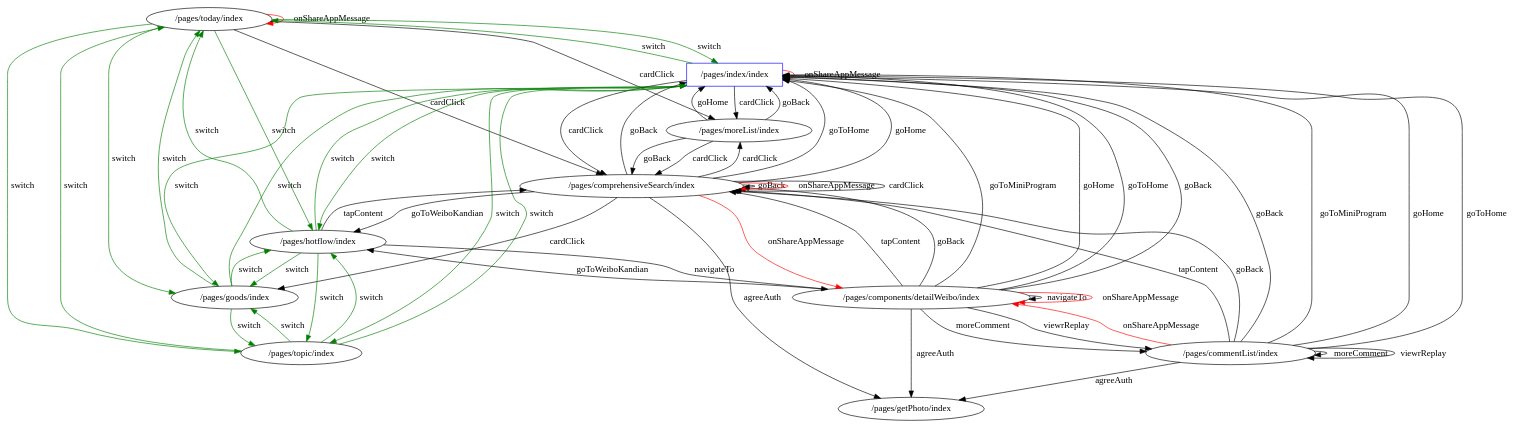
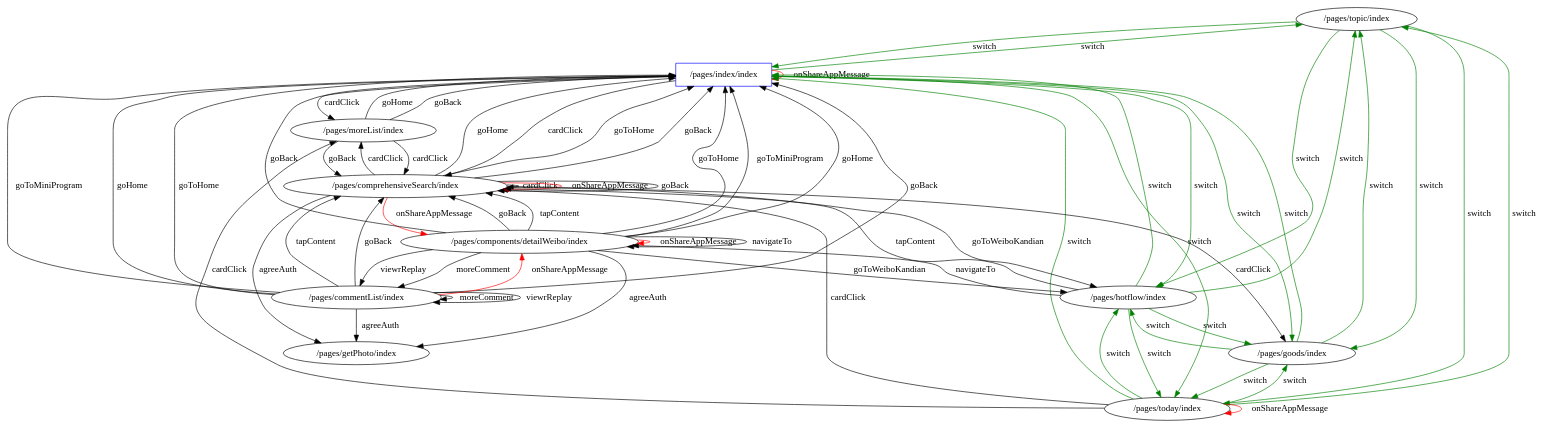
The diagram in graph/wbdemo-table.gv (ppproxy/app-in-app-analysis), drawn with Graphviz before and after one commit. The commit also changed other lines of this file and 181 other files, not shown here.

```diff
--- a/graph/wbdemo-table.gv
+++ b/graph/wbdemo-table.gv
@@ -1,78 +1,78 @@
 // UI State Transfer Diagram
 digraph {
+	"/pages/topic/index" [label="/pages/topic/index"]
+	"/pages/getPhoto/index" [label="/pages/getPhoto/index"]
+	"/pages/index/index" [label="/pages/index/index" color=blue shape=rectangle]
 	"/pages/today/index" [label="/pages/today/index"]
-	"/pages/index/index" [label="/pages/index/index" color=blue shape=rectangle]
-	"/pages/topic/index" [label="/pages/topic/index"]
+	"/pages/commentList/index" [label="/pages/commentList/index"]
+	"/pages/comprehensiveSearch/index" [label="/pages/comprehensiveSearch/index"]
+	"/pages/hotflow/index" [label="/pages/hotflow/index"]
+	"/pages/goods/index" [label="/pages/goods/index"]
+	"/pages/moreList/index" [label="/pages/moreList/index"]
 	"/pages/components/detailWeibo/index" [label="/pages/components/detailWeibo/index"]
-	"/pages/goods/index" [label="/pages/goods/index"]
-	"/pages/comprehensiveSearch/index" [label="/pages/comprehensiveSearch/index"]
-	"/pages/getPhoto/index" [label="/pages/getPhoto/index"]
-	"/pages/commentList/index" [label="/pages/commentList/index"]
-	"/pages/hotflow/index" [label="/pages/hotflow/index"]
-	"/pages/moreList/index" [label="/pages/moreList/index"]
 	"/pages/index/index" -> "/pages/topic/index" [label=switch color=green]
 	"/pages/index/index" -> "/pages/hotflow/index" [label=switch color=green]
 	"/pages/index/index" -> "/pages/goods/index" [label=switch color=green]
 	"/pages/index/index" -> "/pages/today/index" [label=switch color=green]
 	"/pages/topic/index" -> "/pages/index/index" [label=switch color=green]
 	"/pages/topic/index" -> "/pages/hotflow/index" [label=switch color=green]
 	"/pages/topic/index" -> "/pages/goods/index" [label=switch color=green]
 	"/pages/topic/index" -> "/pages/today/index" [label=switch color=green]
 	"/pages/hotflow/index" -> "/pages/index/index" [label=switch color=green]
 	"/pages/hotflow/index" -> "/pages/topic/index" [label=switch color=green]
 	"/pages/hotflow/index" -> "/pages/goods/index" [label=switch color=green]
 	"/pages/hotflow/index" -> "/pages/today/index" [label=switch color=green]
 	"/pages/goods/index" -> "/pages/index/index" [label=switch color=green]
 	"/pages/goods/index" -> "/pages/topic/index" [label=switch color=green]
 	"/pages/goods/index" -> "/pages/hotflow/index" [label=switch color=green]
 	"/pages/goods/index" -> "/pages/today/index" [label=switch color=green]
 	"/pages/today/index" -> "/pages/index/index" [label=switch color=green]
 	"/pages/today/index" -> "/pages/topic/index" [label=switch color=green]
 	"/pages/today/index" -> "/pages/hotflow/index" [label=switch color=green]
 	"/pages/today/index" -> "/pages/goods/index" [label=switch color=green]
-	"/pages/index/index" -> "/pages/moreList/index" [label=cardClick]
 	"/pages/index/index" -> "/pages/index/index" [label=onShareAppMessage color=red]
 	"/pages/index/index" -> "/pages/comprehensiveSearch/index" [label=cardClick]
-	"/pages/today/index" -> "/pages/moreList/index" [label=cardClick]
+	"/pages/index/index" -> "/pages/moreList/index" [label=cardClick]
 	"/pages/today/index" -> "/pages/comprehensiveSearch/index" [label=cardClick]
 	"/pages/today/index" -> "/pages/today/index" [label=onShareAppMessage color=red]
+	"/pages/today/index" -> "/pages/moreList/index" [label=cardClick]
 	"/pages/hotflow/index" -> "/pages/components/detailWeibo/index" [label=navigateTo]
 	"/pages/hotflow/index" -> "/pages/comprehensiveSearch/index" [label=tapContent]
+	"/pages/comprehensiveSearch/index" -> "/pages/index/index" [label=goHome]
+	"/pages/comprehensiveSearch/index" -> "/pages/comprehensiveSearch/index" [label=cardClick]
+	"/pages/comprehensiveSearch/index" -> "/pages/index/index" [label=goToHome]
+	"/pages/comprehensiveSearch/index" -> "/pages/comprehensiveSearch/index" [label=onShareAppMessage color=red]
 	"/pages/comprehensiveSearch/index" -> "/pages/index/index" [label=goBack]
+	"/pages/comprehensiveSearch/index" -> "/pages/moreList/index" [label=cardClick]
 	"/pages/comprehensiveSearch/index" -> "/pages/hotflow/index" [label=goToWeiboKandian]
+	"/pages/comprehensiveSearch/index" -> "/pages/goods/index" [label=cardClick]
 	"/pages/comprehensiveSearch/index" -> "/pages/comprehensiveSearch/index" [label=goBack]
 	"/pages/comprehensiveSearch/index" -> "/pages/getPhoto/index" [label=agreeAuth]
-	"/pages/comprehensiveSearch/index" -> "/pages/index/index" [label=goHome]
-	"/pages/comprehensiveSearch/index" -> "/pages/moreList/index" [label=cardClick]
 	"/pages/comprehensiveSearch/index" -> "/pages/components/detailWeibo/index" [label=onShareAppMessage color=red]
-	"/pages/comprehensiveSearch/index" -> "/pages/comprehensiveSearch/index" [label=onShareAppMessage color=red]
-	"/pages/comprehensiveSearch/index" -> "/pages/index/index" [label=goToHome]
-	"/pages/comprehensiveSearch/index" -> "/pages/comprehensiveSearch/index" [label=cardClick]
-	"/pages/comprehensiveSearch/index" -> "/pages/goods/index" [label=cardClick]
-	"/pages/components/detailWeibo/index" -> "/pages/components/detailWeibo/index" [label=navigateTo]
+	"/pages/components/detailWeibo/index" -> "/pages/index/index" [label=goToHome]
+	"/pages/components/detailWeibo/index" -> "/pages/commentList/index" [label=moreComment]
+	"/pages/components/detailWeibo/index" -> "/pages/comprehensiveSearch/index" [label=goBack]
 	"/pages/components/detailWeibo/index" -> "/pages/components/detailWeibo/index" [label=onShareAppMessage color=red]
+	"/pages/components/detailWeibo/index" -> "/pages/commentList/index" [label=viewrReplay]
 	"/pages/components/detailWeibo/index" -> "/pages/getPhoto/index" [label=agreeAuth]
+	"/pages/components/detailWeibo/index" -> "/pages/comprehensiveSearch/index" [label=tapContent]
+	"/pages/components/detailWeibo/index" -> "/pages/hotflow/index" [label=goToWeiboKandian]
 	"/pages/components/detailWeibo/index" -> "/pages/index/index" [label=goToMiniProgram]
 	"/pages/components/detailWeibo/index" -> "/pages/index/index" [label=goHome]
-	"/pages/components/detailWeibo/index" -> "/pages/comprehensiveSearch/index" [label=tapContent]
-	"/pages/components/detailWeibo/index" -> "/pages/index/index" [label=goToHome]
-	"/pages/components/detailWeibo/index" -> "/pages/commentList/index" [label=moreComment]
-	"/pages/components/detailWeibo/index" -> "/pages/commentList/index" [label=viewrReplay]
-	"/pages/components/detailWeibo/index" -> "/pages/hotflow/index" [label=goToWeiboKandian]
-	"/pages/components/detailWeibo/index" -> "/pages/comprehensiveSearch/index" [label=goBack]
 	"/pages/components/detailWeibo/index" -> "/pages/index/index" [label=goBack]
+	"/pages/components/detailWeibo/index" -> "/pages/components/detailWeibo/index" [label=navigateTo]
+	"/pages/commentList/index" -> "/pages/index/index" [label=goHome]
+	"/pages/commentList/index" -> "/pages/index/index" [label=goToHome]
+	"/pages/commentList/index" -> "/pages/commentList/index" [label=moreComment]
+	"/pages/commentList/index" -> "/pages/comprehensiveSearch/index" [label=tapContent]
 	"/pages/commentList/index" -> "/pages/index/index" [label=goBack]
+	"/pages/commentList/index" -> "/pages/commentList/index" [label=viewrReplay]
+	"/pages/commentList/index" -> "/pages/index/index" [label=goToMiniProgram]
+	"/pages/commentList/index" -> "/pages/comprehensiveSearch/index" [label=goBack]
+	"/pages/commentList/index" -> "/pages/getPhoto/index" [label=agreeAuth]
 	"/pages/commentList/index" -> "/pages/components/detailWeibo/index" [label=onShareAppMessage color=red]
-	"/pages/commentList/index" -> "/pages/getPhoto/index" [label=agreeAuth]
-	"/pages/commentList/index" -> "/pages/index/index" [label=goToMiniProgram]
-	"/pages/commentList/index" -> "/pages/index/index" [label=goHome]
-	"/pages/commentList/index" -> "/pages/comprehensiveSearch/index" [label=tapContent]
-	"/pages/commentList/index" -> "/pages/commentList/index" [label=moreComment]
-	"/pages/commentList/index" -> "/pages/commentList/index" [label=viewrReplay]
-	"/pages/commentList/index" -> "/pages/index/index" [label=goToHome]
-	"/pages/commentList/index" -> "/pages/comprehensiveSearch/index" [label=goBack]
-	"/pages/moreList/index" -> "/pages/index/index" [label=goBack]
-	"/pages/moreList/index" -> "/pages/comprehensiveSearch/index" [label=cardClick]
 	"/pages/moreList/index" -> "/pages/index/index" [label=goHome]
 	"/pages/moreList/index" -> "/pages/comprehensiveSearch/index" [label=goBack]
+	"/pages/moreList/index" -> "/pages/comprehensiveSearch/index" [label=cardClick]
+	"/pages/moreList/index" -> "/pages/index/index" [label=goBack]
 }
```
